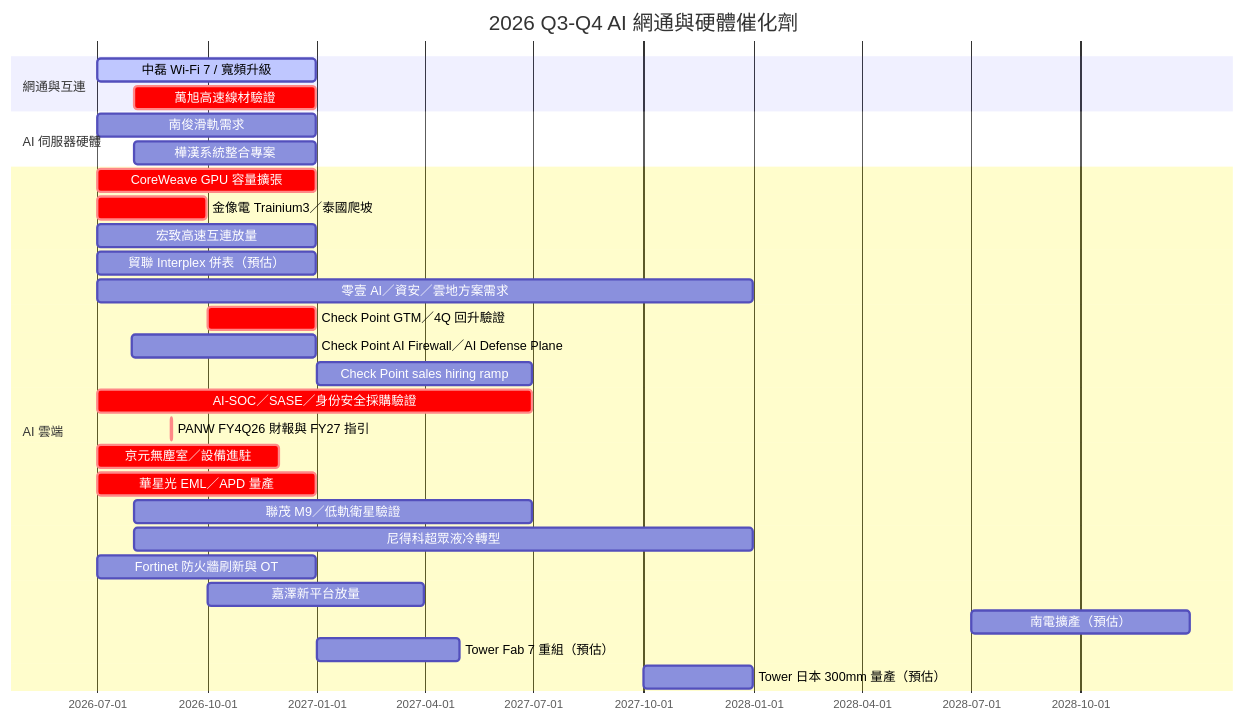
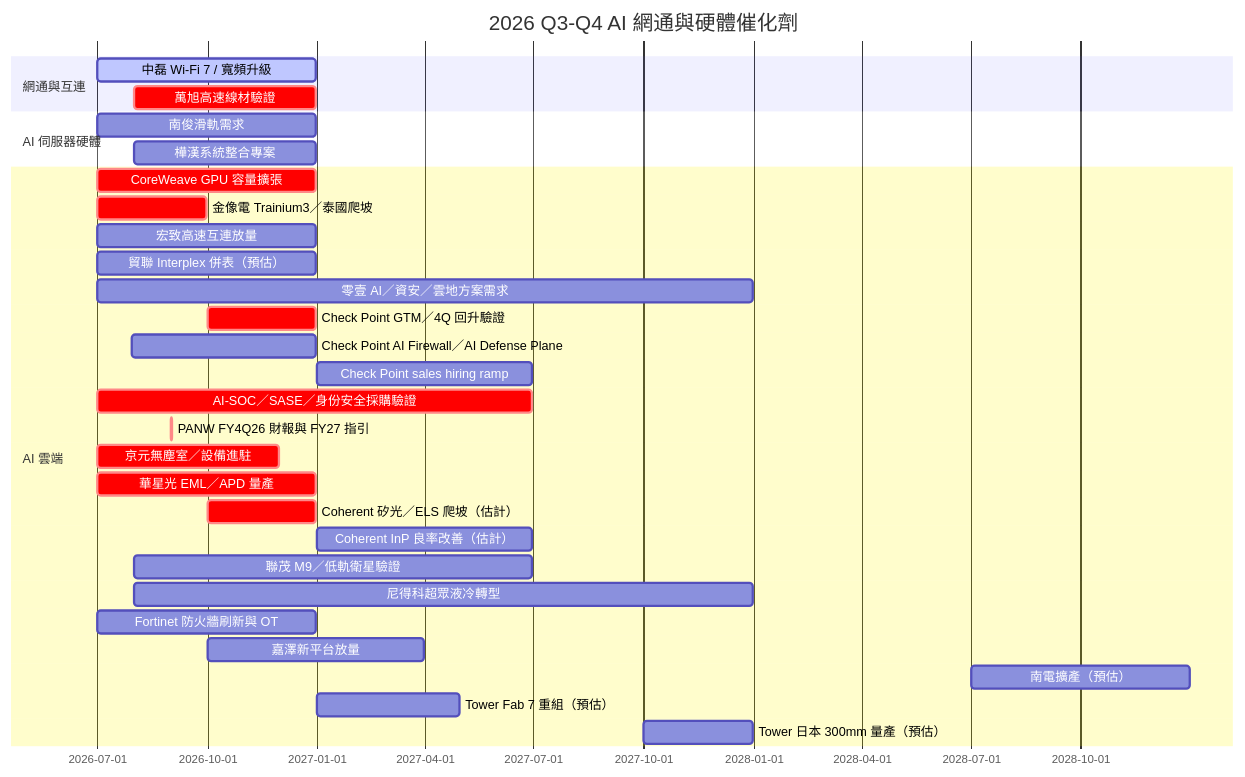
Before and after one commit to kevn950324/wiki_Stockv2: the diagram in content/lib/5.schedule/時程_2026Q3Q4_AI網通與硬體催化劑.md, drawn with Mermaid. The commit also changed other lines of this file and 8 other files, not shown here.

````diff
--- a/content/lib/5.schedule/時程_2026Q3Q4_AI網通與硬體催化劑.md
+++ b/content/lib/5.schedule/時程_2026Q3Q4_AI網通與硬體催化劑.md
@@ -53,31 +56,33 @@
 ```mermaid
 gantt
     title 2026 Q3-Q4 AI 網通與硬體催化劑
     dateFormat YYYY-MM-DD
     section 網通與互連
     中磊 Wi-Fi 7 / 寬頻升級 :active, 2026-07-01, 2026-12-31
     萬旭高速線材驗證 :crit, 2026-08-01, 2026-12-31
     section AI 伺服器硬體
     南俊滑軌需求 :2026-07-01, 2026-12-31
     樺漢系統整合專案 :2026-08-01, 2026-12-31
     section AI 雲端
     CoreWeave GPU 容量擴張 :crit, 2026-07-01, 2026-12-31
     金像電 Trainium3／泰國爬坡 :crit, 2026-07-01, 2026-09-30
     宏致高速互連放量 :2026-07-01, 2026-12-31
     貿聯 Interplex 併表（預估） :2026-07-01, 2026-12-31
     零壹 AI／資安／雲地方案需求 :2026-07-01, 2027-12-31
     Check Point GTM／4Q 回升驗證 :crit, 2026-10-01, 2026-12-31
     Check Point AI Firewall／AI Defense Plane :2026-07-30, 2026-12-31
     Check Point sales hiring ramp :2027-01-01, 2027-06-30
     AI-SOC／SASE／身份安全採購驗證 :crit, 2026-07-01, 2027-06-30
     PANW FY4Q26 財報與 FY27 指引 :crit, 2026-09-01, 2026-09-02
     京元無塵室／設備進駐 :crit, 2026-07-01, 2026-11-30
     華星光 EML／APD 量產 :crit, 2026-07-01, 2026-12-31
+    Coherent 矽光／ELS 爬坡（估計） :crit, 2026-10-01, 2026-12-31
+    Coherent InP 良率改善（估計） :2027-01-01, 2027-06-30
     聯茂 M9／低軌衛星驗證 :2026-08-01, 2027-06-30
     尼得科超眾液冷轉型 :2026-08-01, 2027-12-31
     Fortinet 防火牆刷新與 OT :2026-07-01, 2026-12-31
     嘉澤新平台放量 :2026-10-01, 2027-03-31
     南電擴產（預估） :2028-07-01, 2028-12-31
     Tower Fab 7 重組（預估） :2027-01-01, 2027-04-30
     Tower 日本 300mm 量產（預估） :2027-10-01, 2027-12-31
 ```
````
